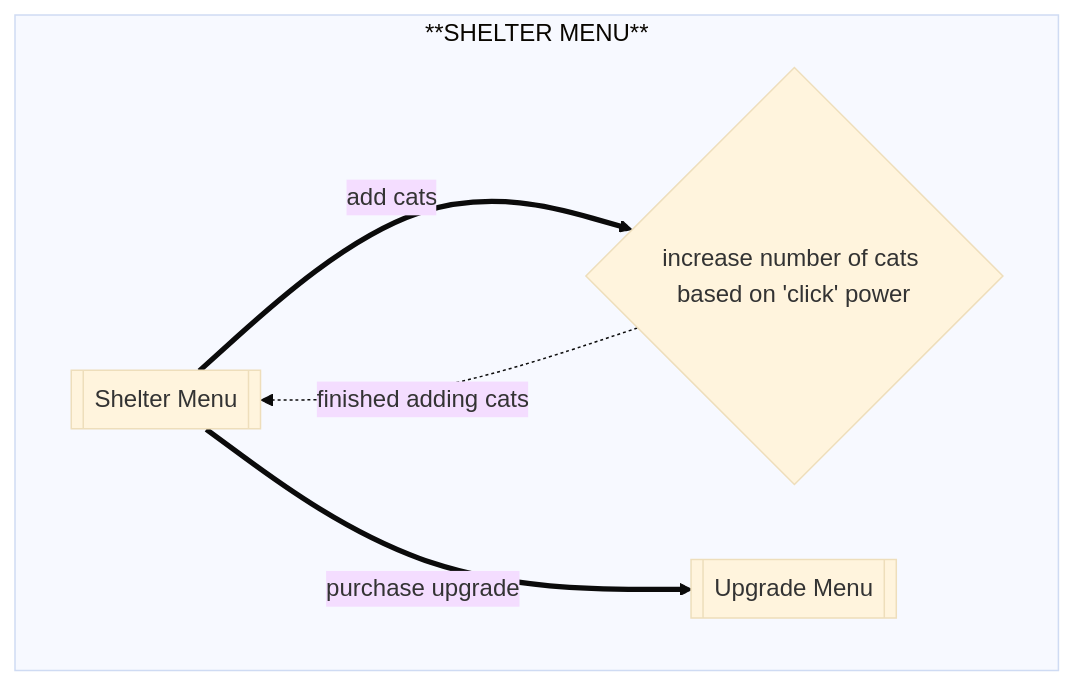
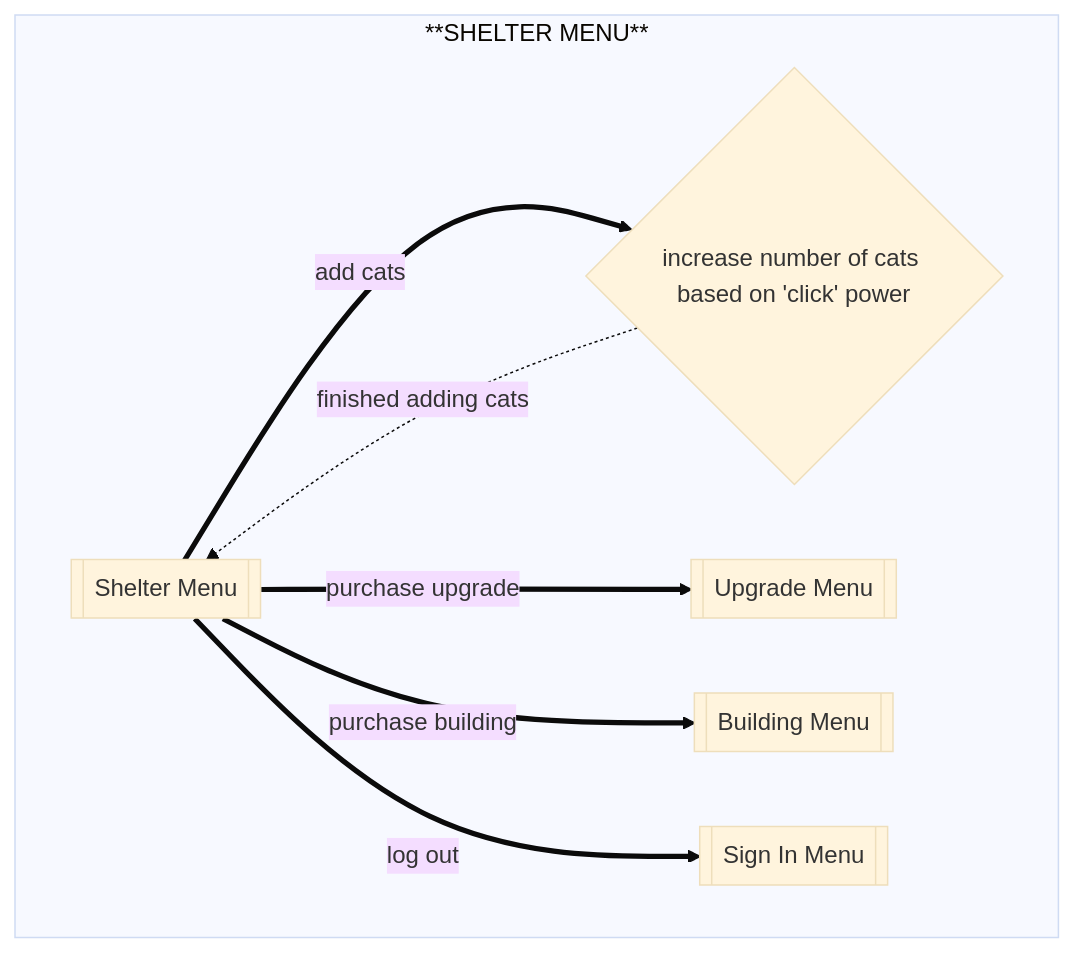
The first of 4 diagrams in flows.md (AndM-55/clicker-game), drawn with Mermaid (base theme) before and after one commit. The commit also changed other lines of this file and 7 other files, not shown here.

````diff
--- a/flows.md
+++ b/flows.md
@@ -13,11 +13,15 @@
 ```mermaid
 flowchart
   subgraph **SHELTER MENU**
     shelter-menu[[Shelter Menu]]
     upgrade-menu[[Upgrade Menu]]
+    building-menu[[Building Menu]]
+    sign-in[[Sign In Menu]]
     cat-clicked{increase number of cats based on 'click' power}
     cat-clicked-.finished adding cats.->shelter-menu
     shelter-menu ==add cats==> cat-clicked
     shelter-menu ==purchase upgrade==>upgrade-menu
+    shelter-menu==purchase building==>building-menu
+    shelter-menu==log out==>sign-in
   end
 ```
````
